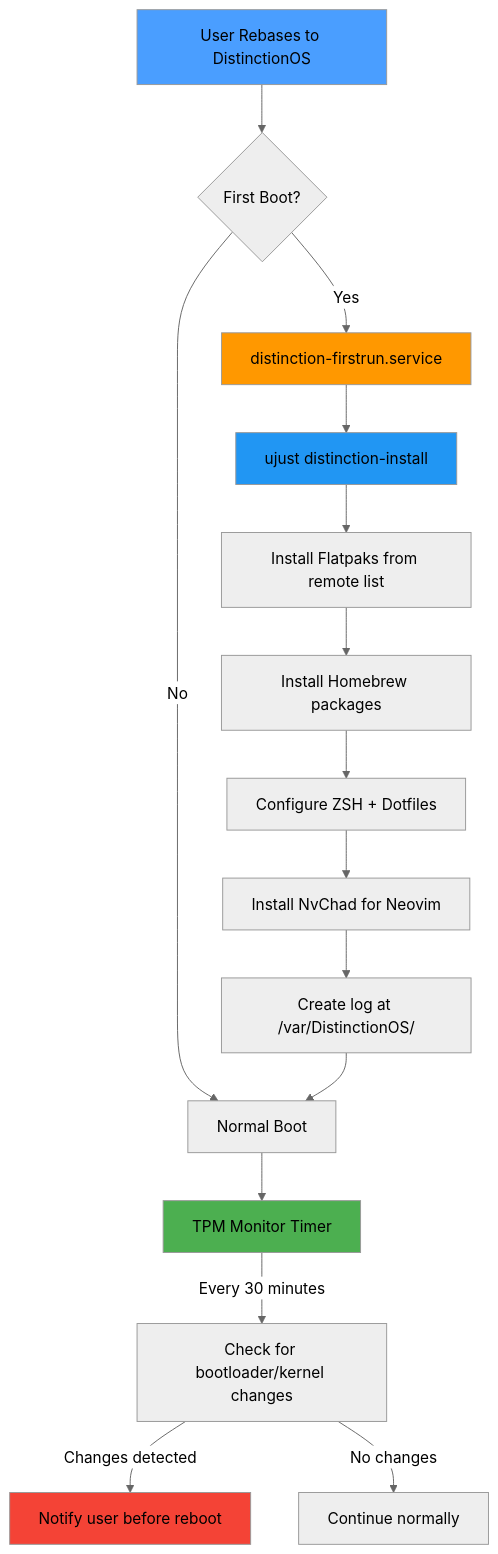
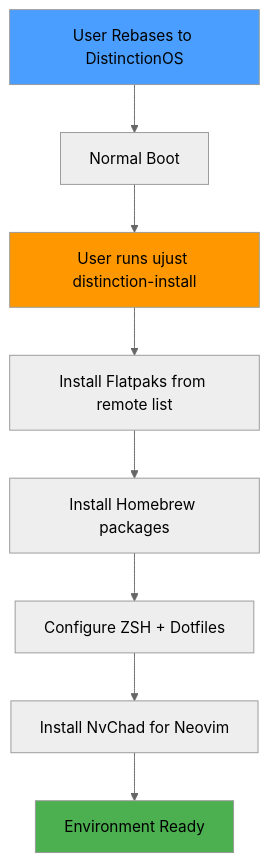
The third of 3 diagrams in docs/developer.md (phantomcortex/DistinctionOS), drawn with Mermaid (neutral theme) before and after one commit. The commit also changed other lines of this file and 3 other files, not shown here.

````diff
--- a/docs/developer.md
+++ b/docs/developer.md
@@ -169,28 +189,17 @@
 ```mermaid
 flowchart TD
-    Rebase[User Rebases to DistinctionOS] --> FirstBoot{First Boot?}
-    
-    FirstBoot --> |Yes| Service[distinction-firstrun.service]
-    FirstBoot --> |No| Normal[Normal Boot]
-    
-    Service --> Install[ujust distinction-install]
-    
-    Install --> Flat[Install Flatpaks from remote list]
+    Rebase[User Rebases to DistinctionOS] --> Boot[Normal Boot]
+
+    Boot --> Manual[User runs ujust distinction-install]
+
+    Manual --> Flat[Install Flatpaks from remote list]
     Flat --> Brew[Install Homebrew packages]
     Brew --> Shell[Configure ZSH + Dotfiles]
     Shell --> NvChad[Install NvChad for Neovim]
-    
-    NvChad --> Log[Create log at /var/DistinctionOS/]
-    Log --> Normal
-    
-    Normal --> TPM[TPM Monitor Timer]
-    TPM --> |Every 30 minutes| Check[Check for bootloader/kernel changes]
-    Check --> |Changes detected| Warn[Notify user before reboot]
-    Check --> |No changes| Continue[Continue normally]
-    
+
+    NvChad --> Done[Environment Ready]
+
     style Rebase fill:#4a9eff
-    style Service fill:#ff9800
-    style Install fill:#2196f3
-    style TPM fill:#4caf50
-    style Warn fill:#f44336
+    style Manual fill:#ff9800
+    style Done fill:#4caf50
 ```
````
